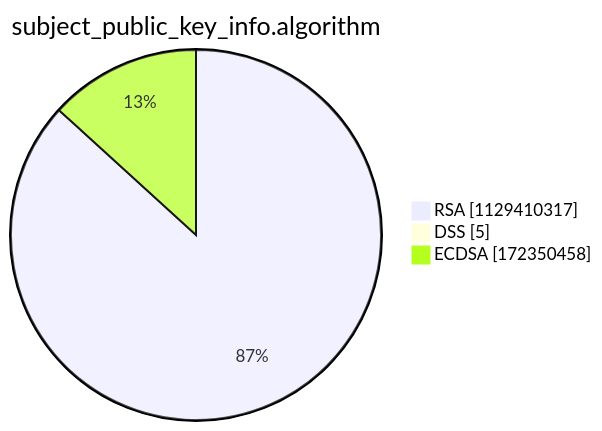
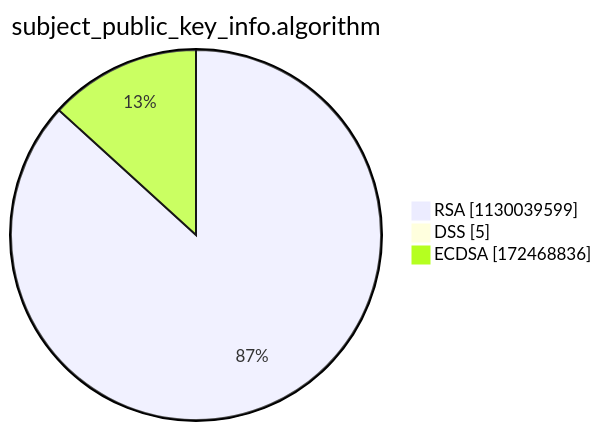
One commit to christiankrug/ctmonitor_visualization changed the third of 15 diagrams in argon2022/README.md. Above: the diagram before and after it, drawn with Mermaid. The commit also changed other lines of this file, not shown here.

````diff
--- a/argon2022/README.md
+++ b/argon2022/README.md
@@ -14,7 +14,7 @@
 ```mermaid
 pie showData
 title subject_public_key_info.algorithm
-"RSA" :1129410317
+"RSA" :1130039599
 "DSS" :5
-"ECDSA" :172350458
+"ECDSA" :172468836
 ```
````
